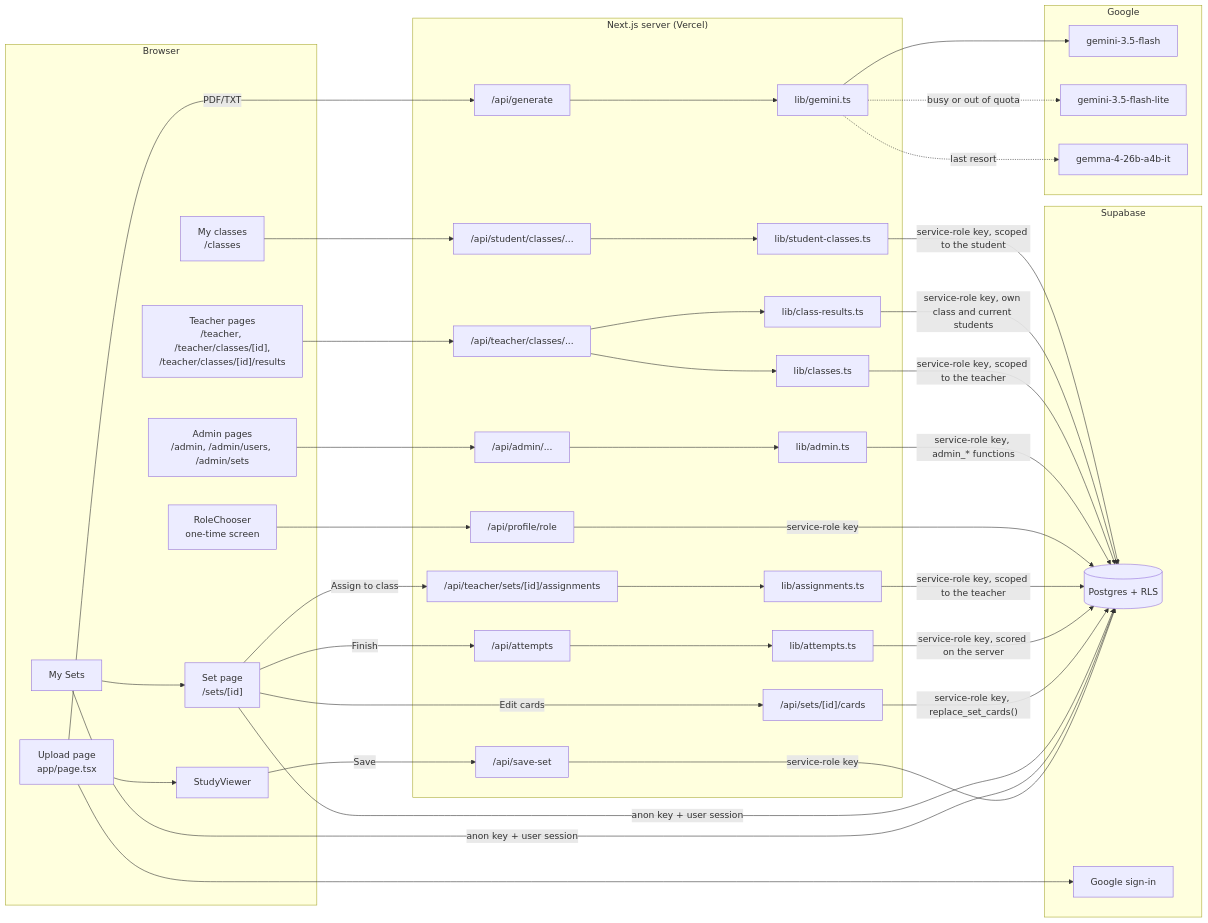
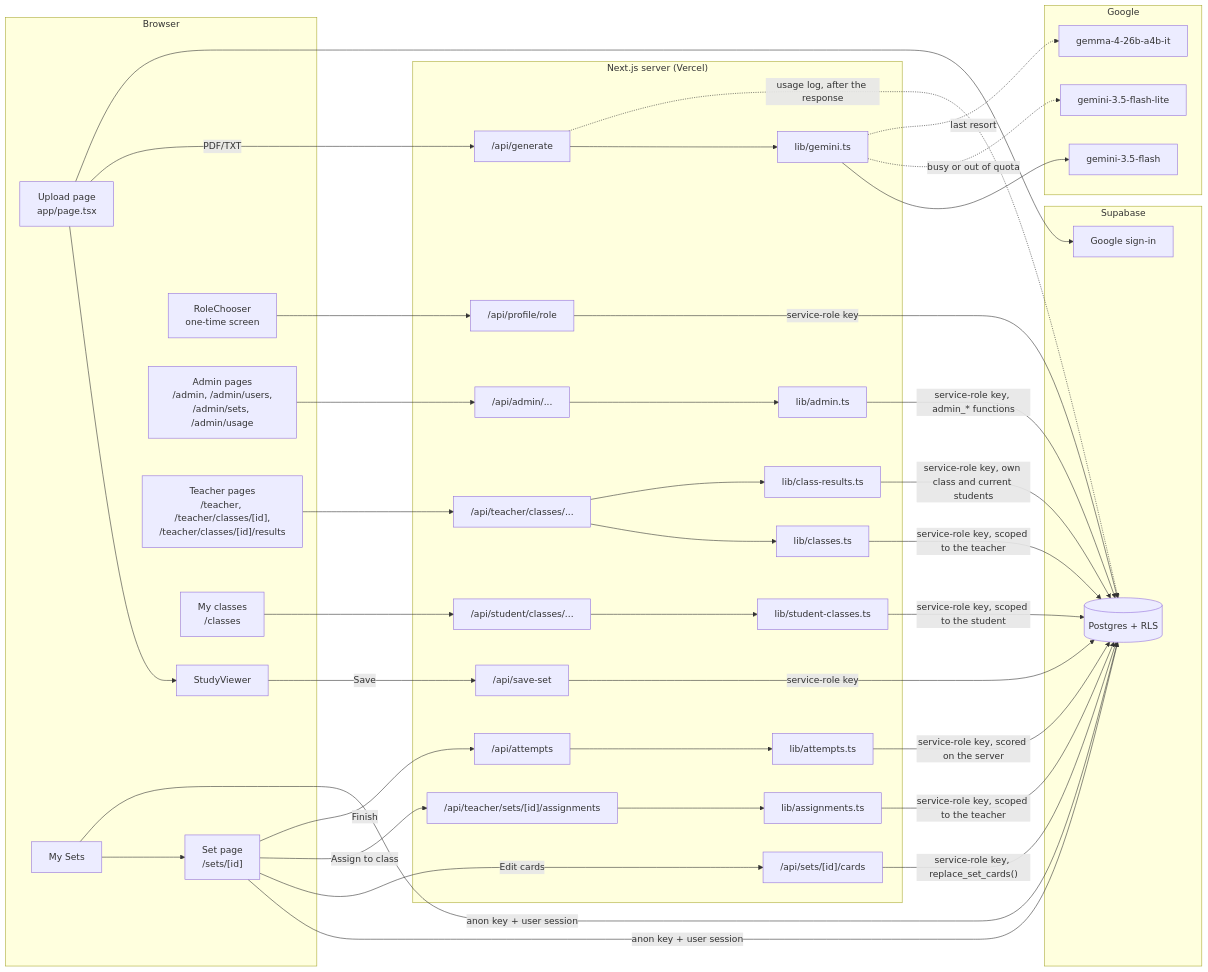
One commit to GABRIEL-CSTND/FlashForge changed the diagram in docs/ARCHITECTURE.md. Above: the diagram before and after it, drawn with Mermaid. The commit also changed other lines of this file and 17 other files, not shown here.

````diff
--- a/docs/ARCHITECTURE.md
+++ b/docs/ARCHITECTURE.md
@@ -8,50 +8,51 @@
 ```mermaid
 flowchart LR
   subgraph Browser
     U[Upload page<br/>app/page.tsx] --> SV[StudyViewer]
     MS[My Sets] --> SP["Set page<br/>/sets/[id]"]
     RC[RoleChooser<br/>one-time screen]
-    AP["Admin pages<br/>/admin, /admin/users, /admin/sets"]
+    AP["Admin pages<br/>/admin, /admin/users,<br/>/admin/sets, /admin/usage"]
     T["Teacher pages<br/>/teacher, /teacher/classes/[id],<br/>/teacher/classes/[id]/results"]
     MC["My classes<br/>/classes"]
   end
   subgraph "Next.js server (Vercel)"
     G["/api/generate"] --> AI[lib/gemini.ts]
     S["/api/save-set"]
     EC["/api/sets/[id]/cards"]
     AS["/api/teacher/sets/[id]/assignments"] --> ASL[lib/assignments.ts]
     R["/api/profile/role"]
     AA["/api/admin/..."] --> ADL[lib/admin.ts]
     TC["/api/teacher/classes/..."] --> CL[lib/classes.ts]
     TC --> CR[lib/class-results.ts]
     SC["/api/student/classes/..."] --> SCL[lib/student-classes.ts]
     AT["/api/attempts"] --> ATL[lib/attempts.ts]
   end
   subgraph Google
     AI --> M1[gemini-3.5-flash]
     AI -.->|busy or out of quota| M2[gemini-3.5-flash-lite]
     AI -.->|last resort| M3[gemma-4-26b-a4b-it]
   end
   subgraph Supabase
     DB[(Postgres + RLS)]
     AUTH[Google sign-in]
   end
   U -->|PDF/TXT| G
+  G -.->|"usage log, after the response"| DB
   SV -->|Save| S -->|service-role key| DB
   MS -->|anon key + user session| DB
   SP -->|anon key + user session| DB
   SP -->|Edit cards| EC -->|"service-role key, replace_set_cards()"| DB
   SP -->|Assign to class| AS
   SP -->|Finish| AT
   ATL -->|service-role key, scored on the server| DB
   ASL -->|service-role key, scoped to the teacher| DB
   U --> AUTH
   RC --> R -->|service-role key| DB
   AP --> AA
   ADL -->|"service-role key, admin_* functions"| DB
   T --> TC
   CL -->|service-role key, scoped to the teacher| DB
   CR -->|service-role key, own class and current students| DB
   MC --> SC
   SCL -->|service-role key, scoped to the student| DB
 ```
````
